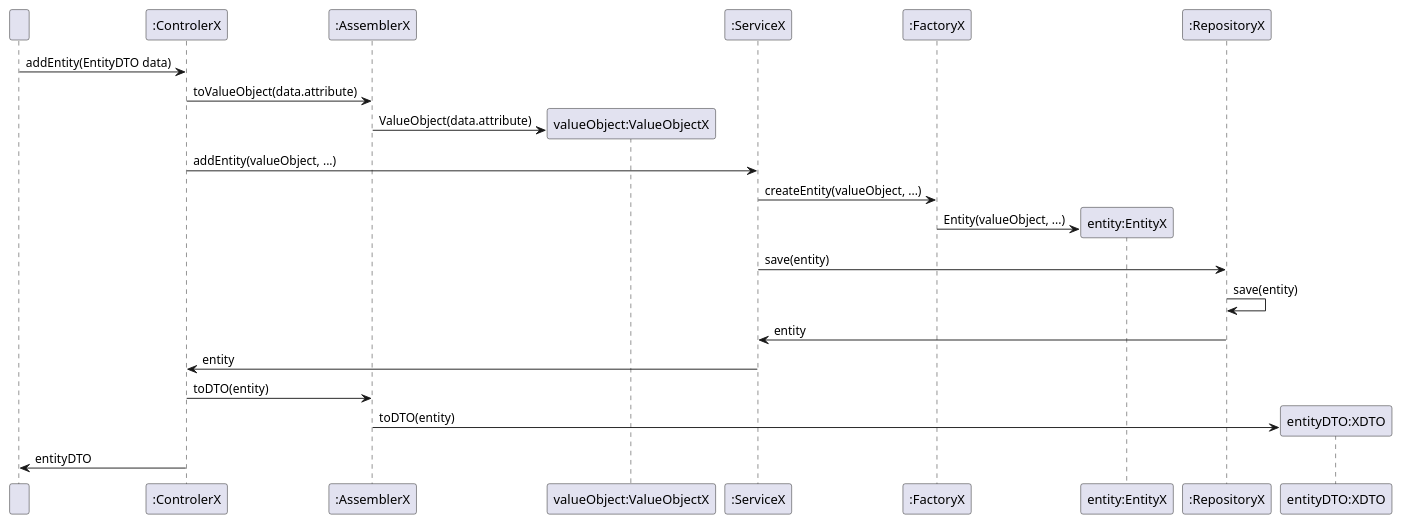
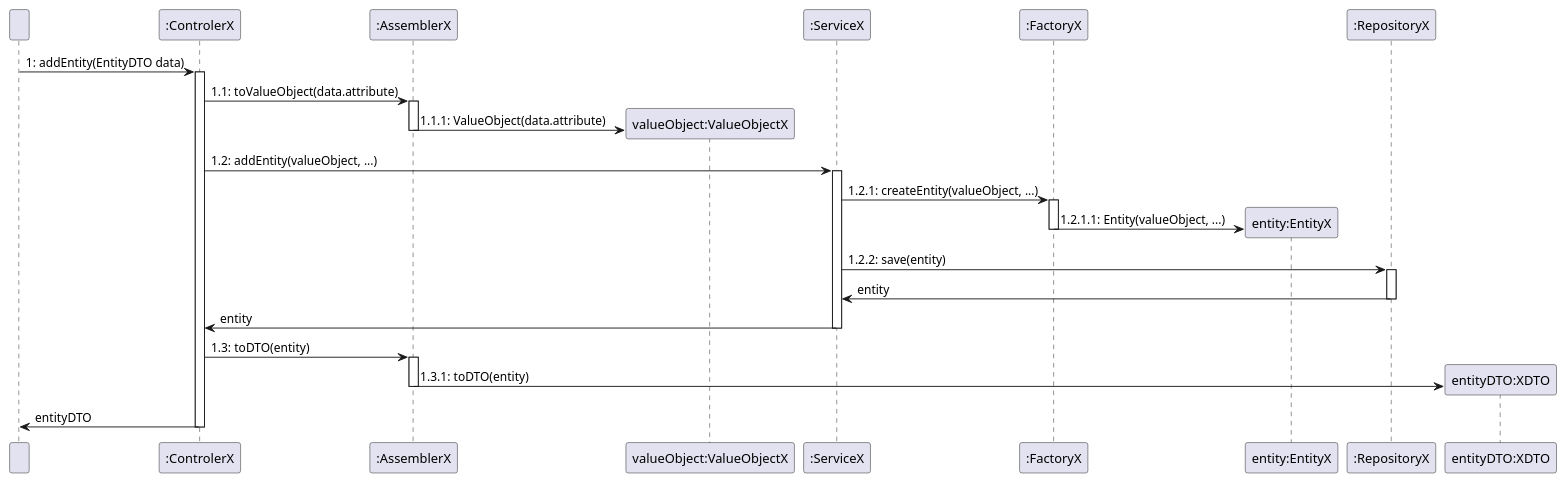
One commit to olivDiogo/SmartHome changed the diagram in docs/general/exampleSequenceDiagrams/CreatEntityWithoutValidation.puml. Above: the diagram before and after it, drawn with PlantUML. The commit also changed 12 other files, not shown here.

Commit message:
#127 updated diagrams for US04 #59 updated example diagrams

```diff
--- a/docs/general/exampleSequenceDiagrams/CreatEntityWithoutValidation.puml
+++ b/docs/general/exampleSequenceDiagrams/CreatEntityWithoutValidation.puml
@@ -1,28 +1,40 @@
 @startuml
 participant "  " as User
 participant ":ControlerX" as Controller
 participant ":AssemblerX" as Assembler
 participant "valueObject:ValueObjectX" as ValueObject
 participant ":ServiceX" as Service
 participant ":FactoryX" as Factory
 participant "entity:EntityX" as Entity
 participant ":RepositoryX" as Repository
 participant "entityDTO:XDTO" as XDTO
 
-User -> Controller: addEntity(EntityDTO data)
-Controller -> Assembler: toValueObject(data.attribute)
+User -> Controller: 1: addEntity(EntityDTO data)
+activate Controller
+Controller -> Assembler: 1.1: toValueObject(data.attribute)
+activate Assembler
 create ValueObject
-Assembler -> ValueObject: ValueObject(data.attribute)
-Controller -> Service: addEntity(valueObject, ...)
-Service -> Factory: createEntity(valueObject, ...)
+Assembler -> ValueObject: 1.1.1: ValueObject(data.attribute)
+deactivate Assembler
+Controller -> Service: 1.2: addEntity(valueObject, ...)
+activate Service
+Service -> Factory: 1.2.1: createEntity(valueObject, ...)
+activate Factory
 create Entity
-Factory -> Entity: Entity(valueObject, ...)
-Service -> Repository: save(entity)
-Repository -> Repository: save(entity)
+Factory -> Entity: 1.2.1.1: Entity(valueObject, ...)
+deactivate Factory
+Service -> Repository: 1.2.2: save(entity)
+activate Repository
 Repository -> Service: entity
+deactivate Repository
 Service -> Controller: entity
-Controller -> Assembler: toDTO(entity)
+deactivate Service
+
+Controller -> Assembler: 1.3: toDTO(entity)
+activate Assembler
 create XDTO
-Assembler -> XDTO: toDTO(entity)
+Assembler -> XDTO: 1.3.1: toDTO(entity)
+deactivate Assembler
 Controller -> User: entityDTO
+deactivate Controller
 @enduml
```
